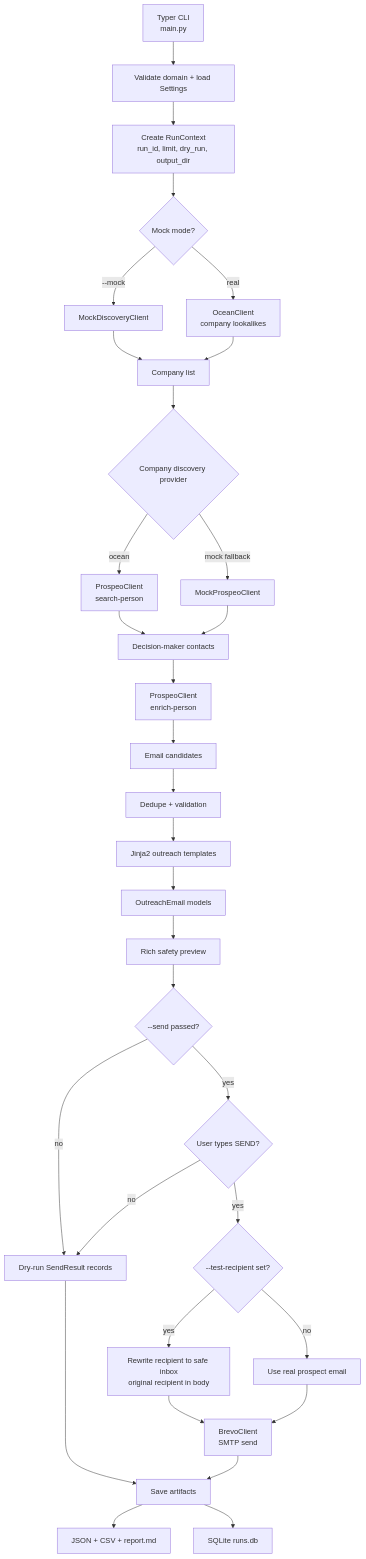
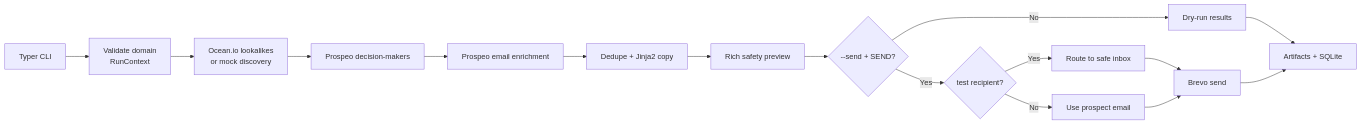
Before and after one commit to Gupta2708/AutoOutreach: the diagram in README.md, drawn with Mermaid.

Commit message:
Upadted readme

````diff
--- a/README.md
+++ b/README.md
@@ -35,42 +35,18 @@
 ```mermaid
-flowchart TD
-    A[Typer CLI<br/>main.py] --> B[Validate domain + load Settings]
-    B --> C[Create RunContext<br/>run_id, limit, dry_run, output_dir]
-    C --> D{Mock mode?}
-
-    D -->|--mock| M1[MockDiscoveryClient]
-    D -->|real| O1[OceanClient<br/>company lookalikes]
-
-    M1 --> E[Company list]
-    O1 --> E
-
-    E --> F{Company discovery provider}
-    F -->|ocean| G[ProspeoClient<br/>search-person]
-    F -->|mock fallback| GM[MockProspeoClient]
-
-    G --> H[Decision-maker contacts]
-    GM --> H
-
-    H --> I[ProspeoClient<br/>enrich-person]
-    I --> J[Email candidates]
-
-    J --> K[Dedupe + validation]
-    K --> L[Jinja2 outreach templates]
-    L --> N[OutreachEmail models]
-
-    N --> P[Rich safety preview]
-    P --> Q{--send passed?}
-    Q -->|no| R[Dry-run SendResult records]
-    Q -->|yes| S{User types SEND?}
-    S -->|no| R
-    S -->|yes| T{--test-recipient set?}
-    T -->|yes| U[Rewrite recipient to safe inbox<br/>original recipient in body]
-    T -->|no| V[Use real prospect email]
-    U --> W[BrevoClient<br/>SMTP send]
-    V --> W
-
-    R --> X[Save artifacts]
-    W --> X
-    X --> Y[JSON + CSV + report.md]
-    X --> Z[SQLite runs.db]
+flowchart LR
+    CLI[Typer CLI] --> CTX[Validate domain<br/>RunContext]
+    CTX --> DISC[Ocean.io lookalikes<br/>or mock discovery]
+    DISC --> PEOPLE[Prospeo decision-makers]
+    PEOPLE --> EMAIL[Prospeo email enrichment]
+    EMAIL --> COPY[Dedupe + Jinja2 copy]
+    COPY --> PREVIEW[Rich safety preview]
+    PREVIEW --> GATE{--send + SEND?}
+    GATE -->|No| DRY[Dry-run results]
+    GATE -->|Yes| ROUTE{test recipient?}
+    ROUTE -->|Yes| TEST[Route to safe inbox]
+    ROUTE -->|No| REAL[Use prospect email]
+    TEST --> BREVO[Brevo send]
+    REAL --> BREVO
+    DRY --> SAVE[Artifacts + SQLite]
+    BREVO --> SAVE
 ```
````
